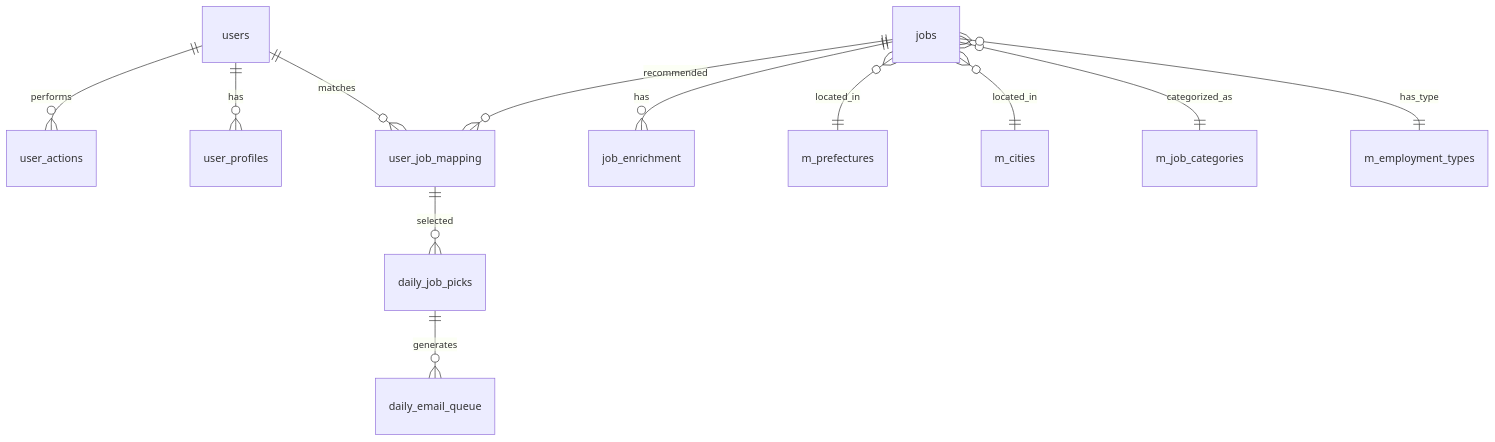
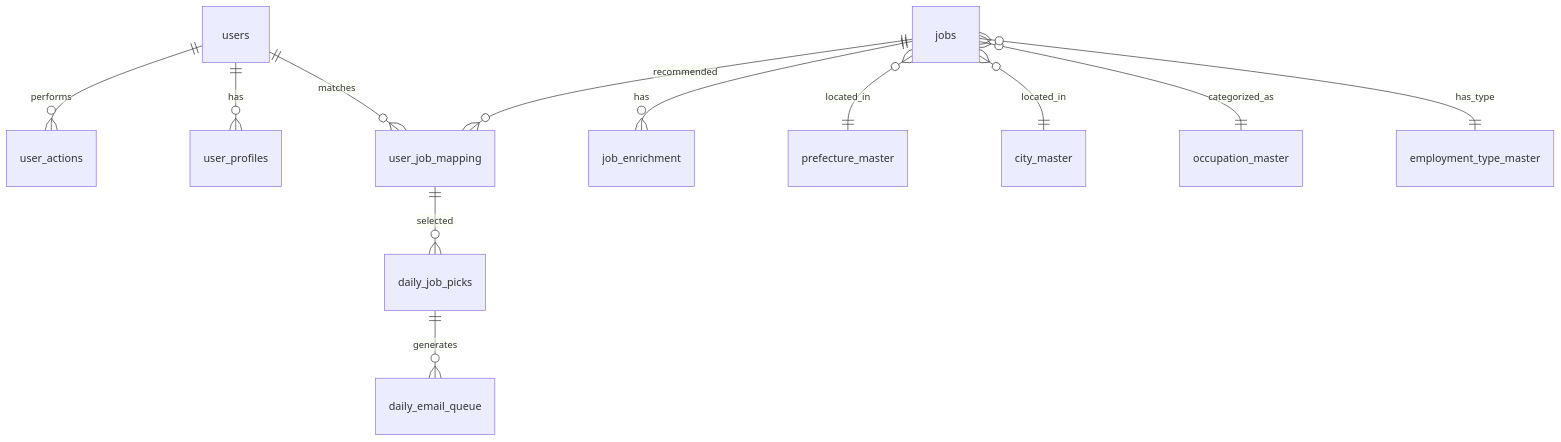
One commit to furuyan42c/job-score-for-mail-system-20250914 changed the diagram in specs/001-job-matching-system/data-model.md. Above: the diagram before and after it, drawn with Mermaid. The commit also changed other lines of this file and 7 other files, not shown here.

Commit message:
Remove outdated comprehensive specification and quickstart guide for the job matching system; update data model documentation to reflect changes in database schema and entity relationships, aligning with v5.1 specifications.

````diff
--- a/specs/001-job-matching-system/data-model.md
+++ b/specs/001-job-matching-system/data-model.md
@@ -9,15 +10,15 @@
 ```mermaid
 erDiagram
     users ||--o{ user_actions : "performs"
     users ||--o{ user_profiles : "has"
     users ||--o{ user_job_mapping : "matches"
     jobs ||--o{ job_enrichment : "has"
     jobs ||--o{ user_job_mapping : "recommended"
     user_job_mapping ||--o{ daily_job_picks : "selected"
     daily_job_picks ||--o{ daily_email_queue : "generates"
     
-    jobs }o--|| m_prefectures : "located_in"
-    jobs }o--|| m_cities : "located_in"
-    jobs }o--|| m_job_categories : "categorized_as"
-    jobs }o--|| m_employment_types : "has_type"
+    jobs }o--|| prefecture_master : "located_in"
+    jobs }o--|| city_master : "located_in"
+    jobs }o--|| occupation_master : "categorized_as"
+    jobs }o--|| employment_type_master : "has_type"
 ```
````
